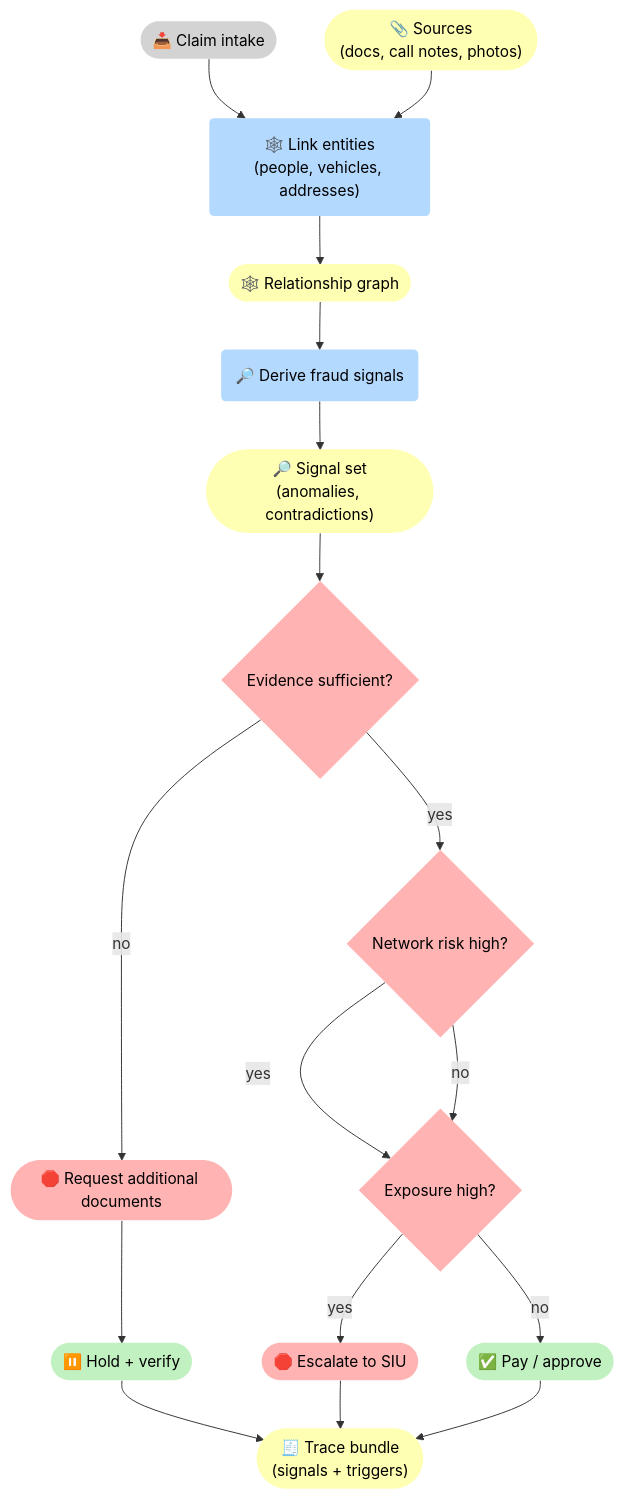
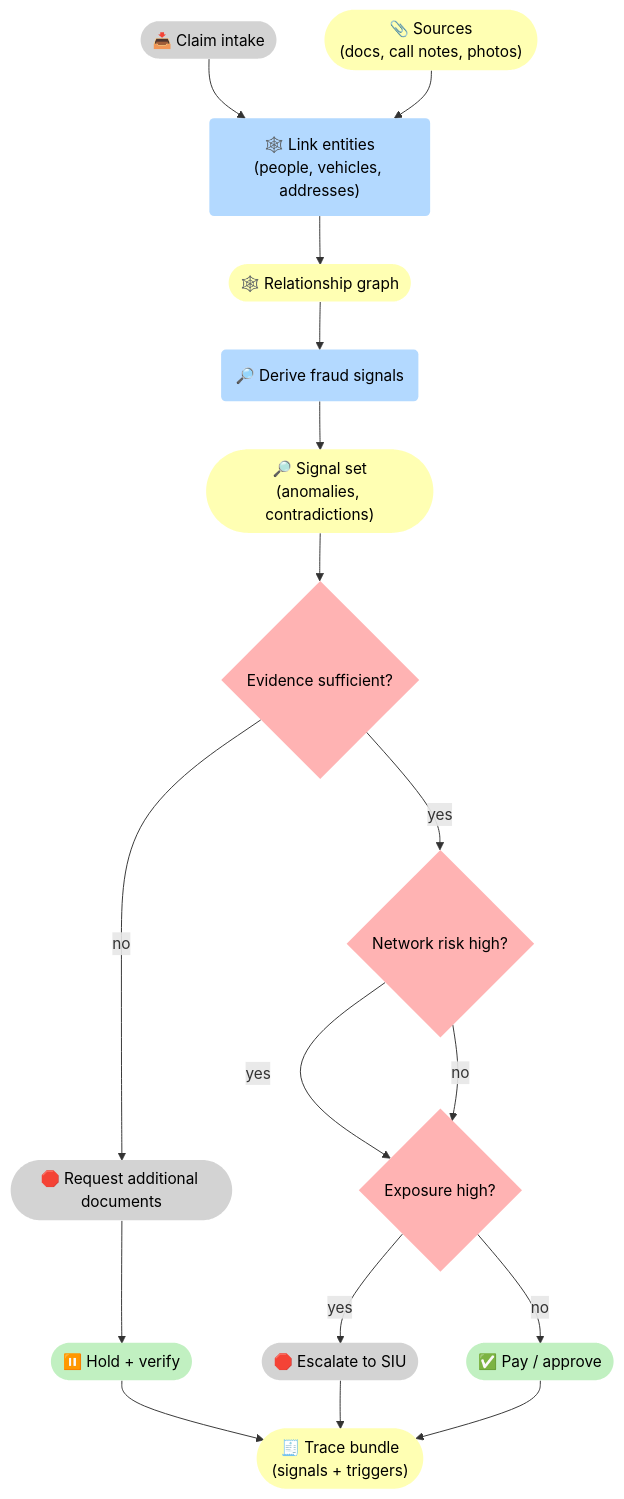
Before and after one commit to 5Reasons/5reasons.github.io: the third of 3 diagrams in docs/case-studies/insurance.md, drawn with Mermaid. The commit also changed other lines of this file and 14 other files, not shown here.

First line of the commit message:
Refactor diagrams and improve clarity in blog posts and case studies

````diff
--- a/docs/case-studies/insurance.md
+++ b/docs/case-studies/insurance.md
@@ -192,41 +192,41 @@
 ```mermaid
 flowchart TB
 %% Styles (brModel Standard)
 classDef i fill:#D3D3D3,stroke-width:0px,color:#000;
 classDef p fill:#B3D9FF,stroke-width:0px,color:#000;
 classDef r fill:#FFFFB3,stroke-width:0px,color:#000;
 classDef o fill:#C1F0C1,stroke-width:0px,color:#000;
 classDef s fill:#FFB3B3,stroke-width:0px,color:#000;
 
 I_Cl(["📥 Claim intake"]):::i
 R_Src(["📎 Sources<br>(docs, call notes, photos)"]):::r
 P_Link("🕸️ Link entities<br>(people, vehicles, addresses)"):::p
 R_G(["🕸️ Relationship graph"]):::r
 
 P_Sig("🔎 Derive fraud signals"):::p
 R_Sig(["🔎 Signal set<br>(anomalies, contradictions)"]):::r
 
 G_Ev{"Evidence sufficient?"}:::s
-S_Req(["🛑 Request additional documents"]):::s
+S_Req(["🛑 Request additional documents"]):::i
 
 G_Net{"Network risk high?"}:::s
 G_Exp{"Exposure high?"}:::s
 
 O_Pay(["✅ Pay / approve"]):::o
 O_Hold(["⏸️ Hold + verify"]):::o
-S_Esc(["🛑 Escalate to SIU"]):::s
+S_Esc(["🛑 Escalate to SIU"]):::i
 R_Tr(["🧾 Trace bundle<br>(signals + triggers)"]):::r
 
 I_Cl --> P_Link
 R_Src --> P_Link
 P_Link --> R_G --> P_Sig --> R_Sig --> G_Ev
 
 G_Ev -->|"no"| S_Req --> O_Hold --> R_Tr
 G_Ev -->|"yes"| G_Net
 
 G_Net -->|"yes"| G_Exp
 G_Net -->|"no"| G_Exp
 
 G_Exp -->|"yes"| S_Esc --> R_Tr
 G_Exp -->|"no"| O_Pay --> R_Tr
 ```
````
